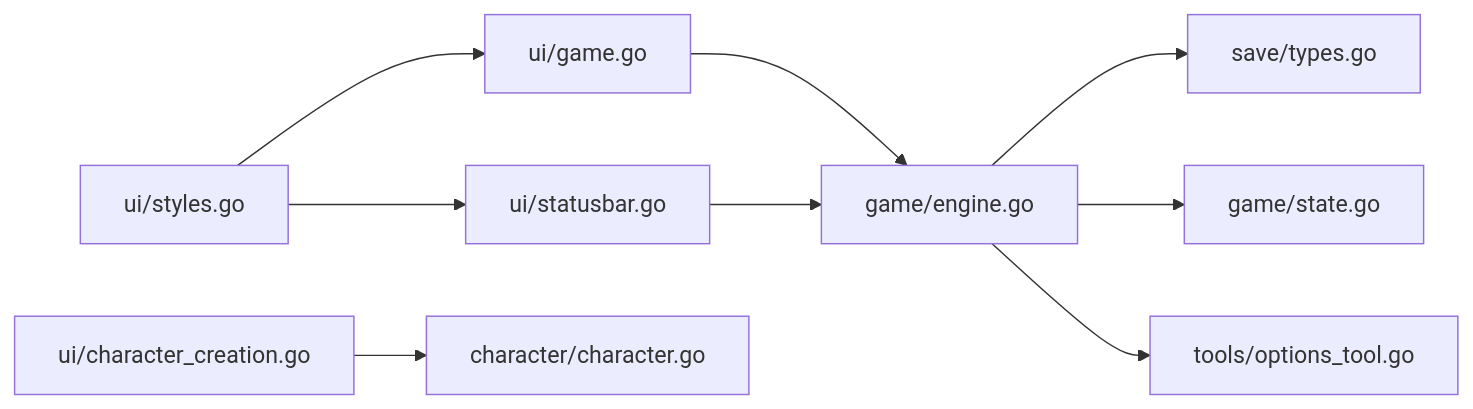
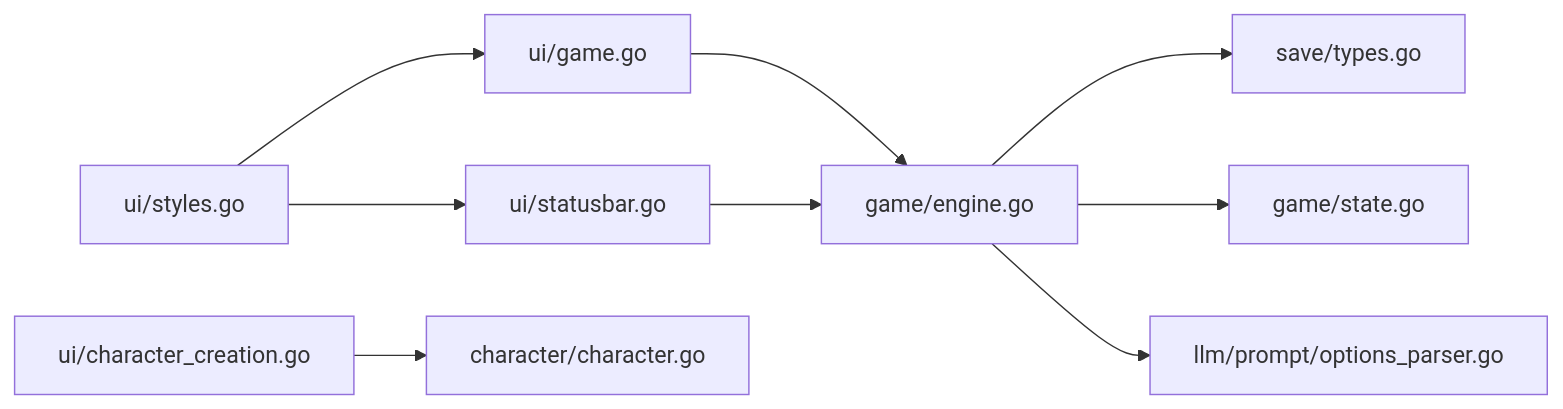
Before and after one commit to zwh8800/cdnd: the sixth of 6 diagrams in .qoder/repowiki/zh/content/用户界面/用户界面.md, drawn with Mermaid. The commit also changed other lines of this file and 6 other files, not shown here.

````diff
--- a/.qoder/repowiki/zh/content/用户界面/用户界面.md
+++ b/.qoder/repowiki/zh/content/用户界面/用户界面.md
@@ -395,11 +404,11 @@
 ```mermaid
 graph LR
 UI_GAME["ui/game.go"] --> GAME_ENGINE["game/engine.go"]
 UI_STATUS["ui/statusbar.go"] --> GAME_ENGINE
 UI_CHAR["ui/character_creation.go"] --> CHAR_MODEL["character/character.go"]
 GAME_ENGINE --> SAVE_TYPES["save/types.go"]
 GAME_ENGINE --> GAME_STATE["game/state.go"]
-GAME_ENGINE --> OPTION_TOOL["tools/options_tool.go"]
+GAME_ENGINE --> OPTIONS_PARSER["llm/prompt/options_parser.go"]
 UI_STYLES["ui/styles.go"] --> UI_GAME
 UI_STYLES --> UI_STATUS
 ```
````
